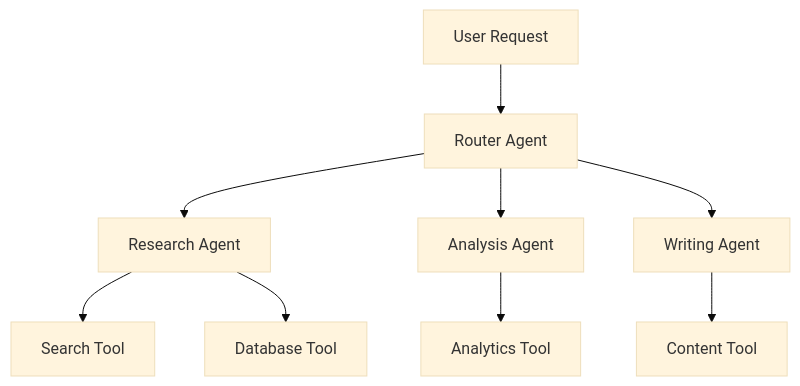
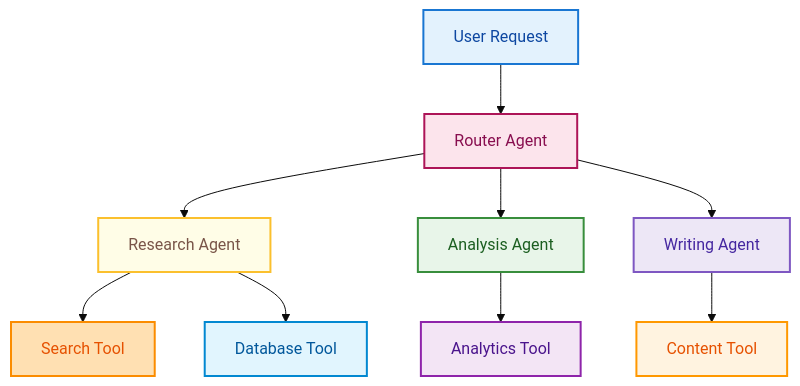
The fifth of 7 diagrams in 23_google_agent_adk.md (raphaelmansuy/tutorials), drawn with Mermaid (base theme) before and after one commit. The commit also changed other lines of this file, not shown here.

Commit message:
Refactor Chapter 1 and Chapter 3 in the Google ADK guide for clarity and conciseness; remove outdated content and enhance diagram styles for better visual understanding.

````diff
--- a/23_google_agent_adk.md
+++ b/23_google_agent_adk.md
@@ -1427,11 +1262,22 @@
 ```mermaid
 graph TD
     A[User Request] --> B[Router Agent]
     B --> C[Research Agent]
     B --> D[Analysis Agent]
     B --> E[Writing Agent]
     C --> F[Search Tool]
     C --> G[Database Tool]
     D --> H[Analytics Tool]
     E --> I[Content Tool]
+
+    %% Professional pastel color palette with strong contrast
+    style A fill:#e3f2fd,stroke:#1976d2,stroke-width:2px,color:#0d47a1
+    style B fill:#fce4ec,stroke:#ad1457,stroke-width:2px,color:#880e4f
+    style C fill:#fffde7,stroke:#fbc02d,stroke-width:2px,color:#795548
+    style D fill:#e8f5e9,stroke:#388e3c,stroke-width:2px,color:#1b5e20
+    style E fill:#ede7f6,stroke:#7e57c2,stroke-width:2px,color:#4527a0
+    style F fill:#ffe0b2,stroke:#fb8c00,stroke-width:2px,color:#e65100
+    style G fill:#e1f5fe,stroke:#0288d1,stroke-width:2px,color:#01579b
+    style H fill:#f3e5f5,stroke:#8e24aa,stroke-width:2px,color:#4a148c
+    style I fill:#fff3e0,stroke:#ff9800,stroke-width:2px,color:#e65100
 ```
````
